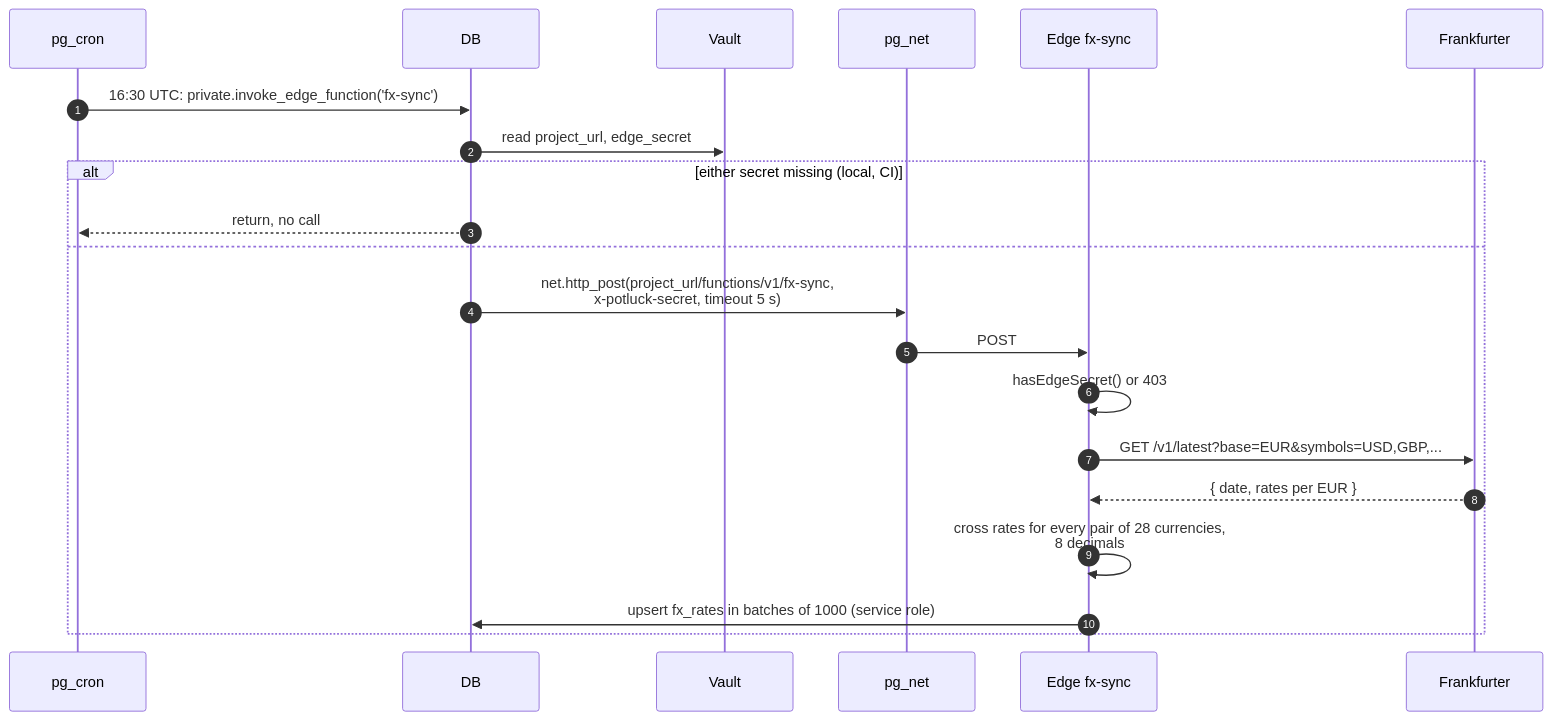
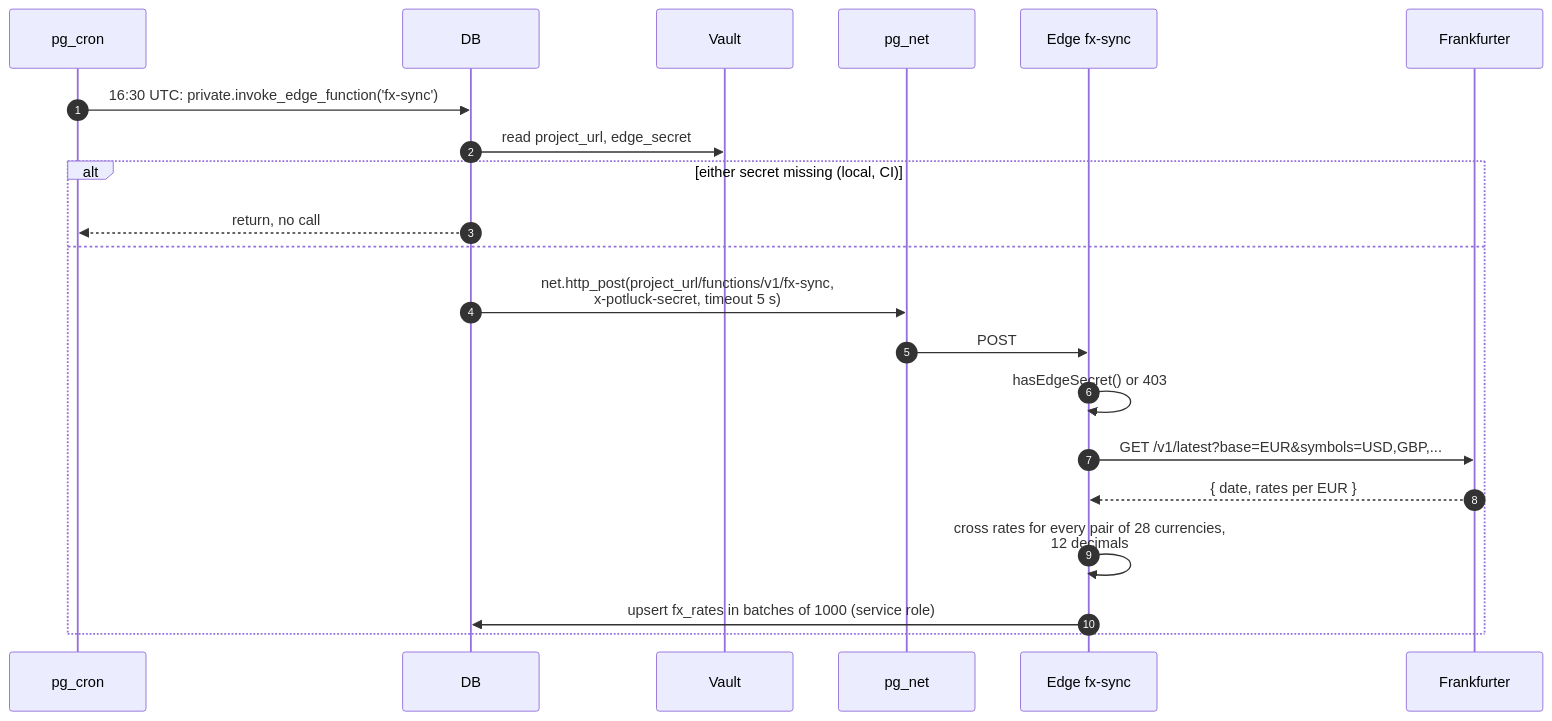
Diagram 12 of 14 in docs/sequences.md (Fermulate/potluck), drawn with Mermaid before and after one commit. The commit also changed other lines of this file and 1 other file, not shown here.

Commit message:
sequence diagrams follow blocks, locks and fx precision

````diff
--- a/docs/sequences.md
+++ b/docs/sequences.md
@@ -386,24 +386,24 @@
 ```mermaid
 sequenceDiagram
   autonumber
   participant CR as pg_cron
   participant DB as DB
   participant V as Vault
   participant N as pg_net
   participant E as Edge fx-sync
   participant FR as Frankfurter
 
   CR->>DB: 16:30 UTC: private.invoke_edge_function('fx-sync')
   DB->>V: read project_url, edge_secret
   alt either secret missing (local, CI)
     DB-->>CR: return, no call
   else
     DB->>N: net.http_post(project_url/functions/v1/fx-sync,<br/>x-potluck-secret, timeout 5 s)
     N->>E: POST
     E->>E: hasEdgeSecret() or 403
     E->>FR: GET /v1/latest?base=EUR&symbols=USD,GBP,...
     FR-->>E: { date, rates per EUR }
-    E->>E: cross rates for every pair of 28 currencies,<br/>8 decimals
+    E->>E: cross rates for every pair of 28 currencies,<br/>12 decimals
     E->>DB: upsert fx_rates in batches of 1000 (service role)
   end
 ```
````
